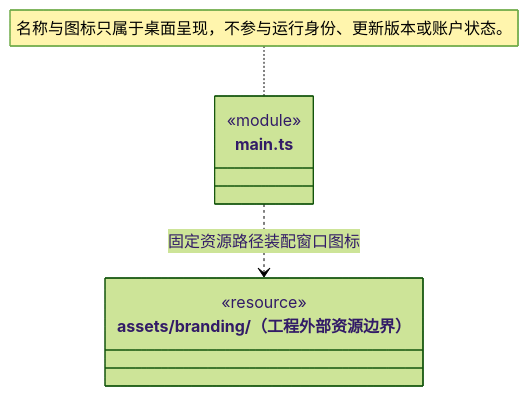
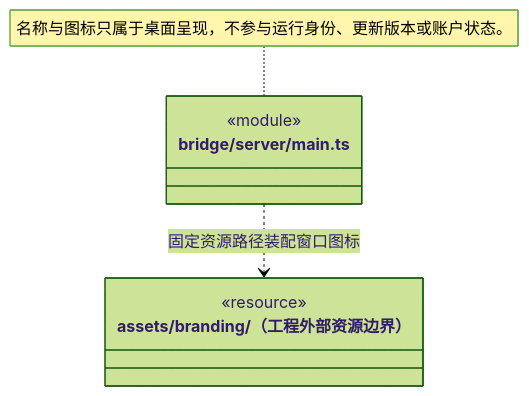
The first of 7 diagrams in src/logic/application/ARCHITECTURE.md (nan023062/cbim), drawn with Mermaid (forest theme) before and after one commit. The commit also changed other lines of this file and 112 other files, not shown here.

Commit message:
docs: align source architecture with current declarations and contracts

````diff
--- a/src/logic/application/ARCHITECTURE.md
+++ b/src/logic/application/ARCHITECTURE.md
@@ -82,7 +82,7 @@
 ```mermaid
 classDiagram
-class main_brand["main.ts"] { <<module>> }
+class main_brand["bridge/server/main.ts"] { <<module>> }
 class brand_assets["assets/branding/（工程外部资源边界）"] { <<resource>> }
 main_brand ..> brand_assets : 固定资源路径装配窗口图标
 note for main_brand "名称与图标只属于桌面呈现，不参与运行身份、更新版本或账户状态。"
 ```
````
